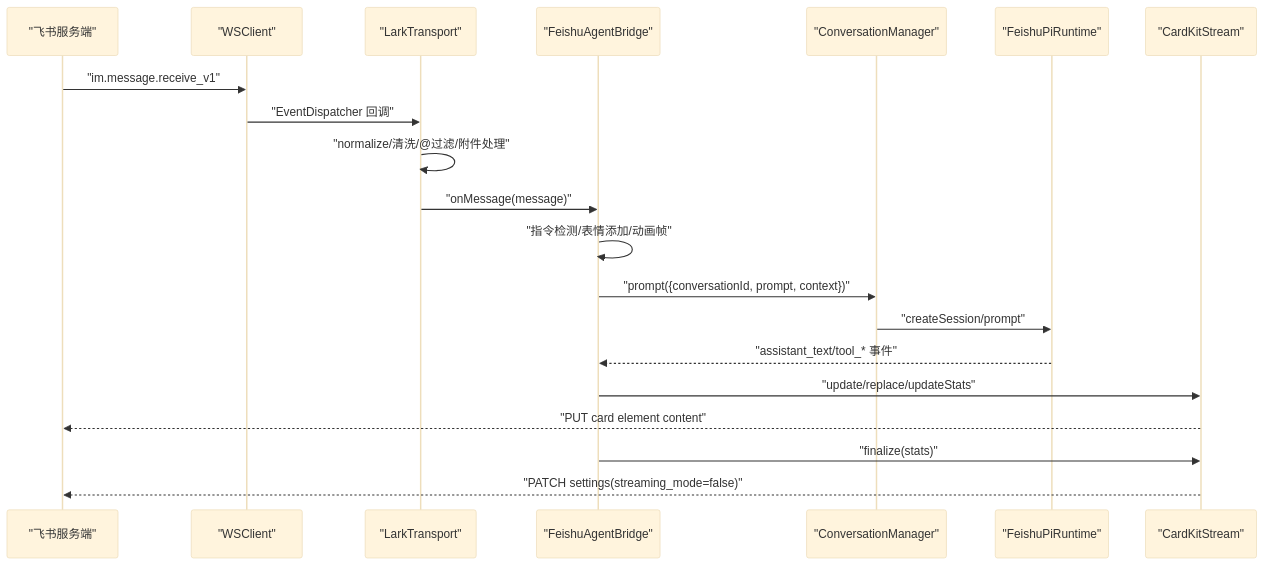
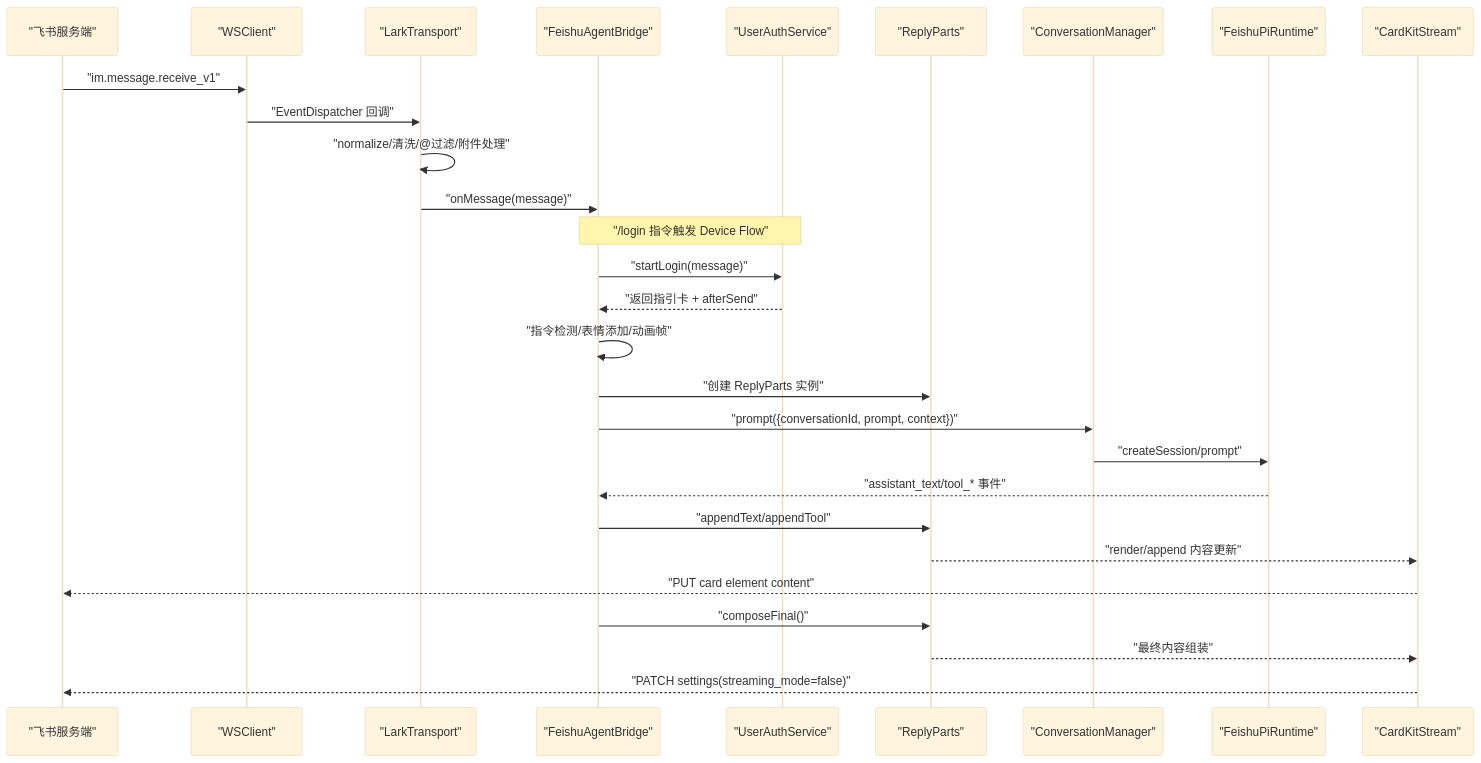
Before and after one commit to HeXiaoShu520/feishu-pi: the second of 11 diagrams in .qoder/repowiki/zh/content/飞书集成/飞书集成.md, drawn with Mermaid (base theme). The commit also changed other lines of this file and 47 other files, not shown here.

````diff
--- a/.qoder/repowiki/zh/content/飞书集成/飞书集成.md
+++ b/.qoder/repowiki/zh/content/飞书集成/飞书集成.md
@@ -115,22 +159,30 @@
 ```mermaid
 sequenceDiagram
 participant FE as "飞书服务端"
 participant WS as "WSClient"
 participant TR as "LarkTransport"
 participant BR as "FeishuAgentBridge"
+participant UA as "UserAuthService"
+participant RP as "ReplyParts"
 participant CM as "ConversationManager"
 participant RT as "FeishuPiRuntime"
 participant CK as "CardKitStream"
 FE->>WS : "im.message.receive_v1"
 WS->>TR : "EventDispatcher 回调"
 TR->>TR : "normalize/清洗/@过滤/附件处理"
 TR->>BR : "onMessage(message)"
+Note over BR,UA : "/login 指令触发 Device Flow"
+BR->>UA : "startLogin(message)"
+UA-->>BR : "返回指引卡 + afterSend"
 BR->>BR : "指令检测/表情添加/动画帧"
+BR->>RP : "创建 ReplyParts 实例"
 BR->>CM : "prompt({conversationId, prompt, context})"
 CM->>RT : "createSession/prompt"
 RT-->>BR : "assistant_text/tool_* 事件"
-BR->>CK : "update/replace/updateStats"
+BR->>RP : "appendText/appendTool"
+RP-->>CK : "render/append 内容更新"
 CK-->>FE : "PUT card element content"
-BR->>CK : "finalize(stats)"
+BR->>RP : "composeFinal()"
+RP-->>CK : "最终内容组装"
 CK-->>FE : "PATCH settings(streaming_mode=false)"
 ```
````
